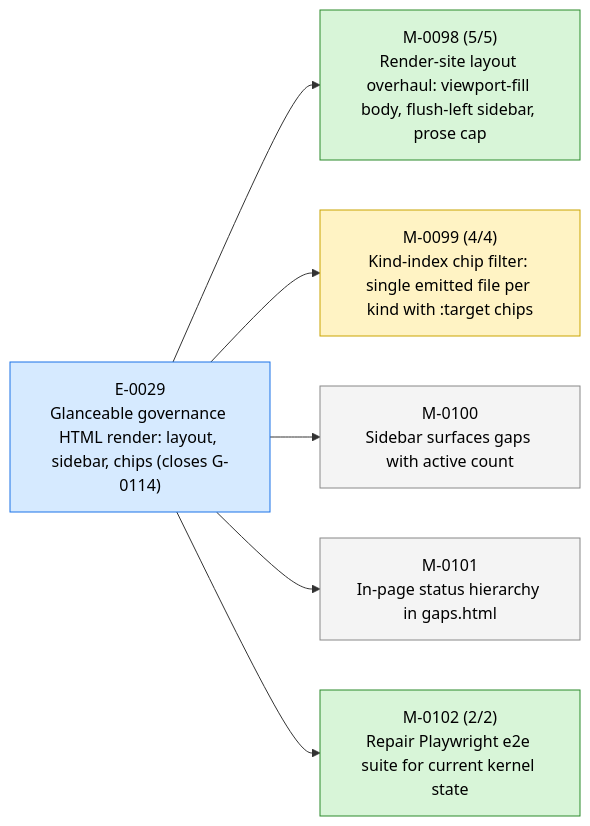
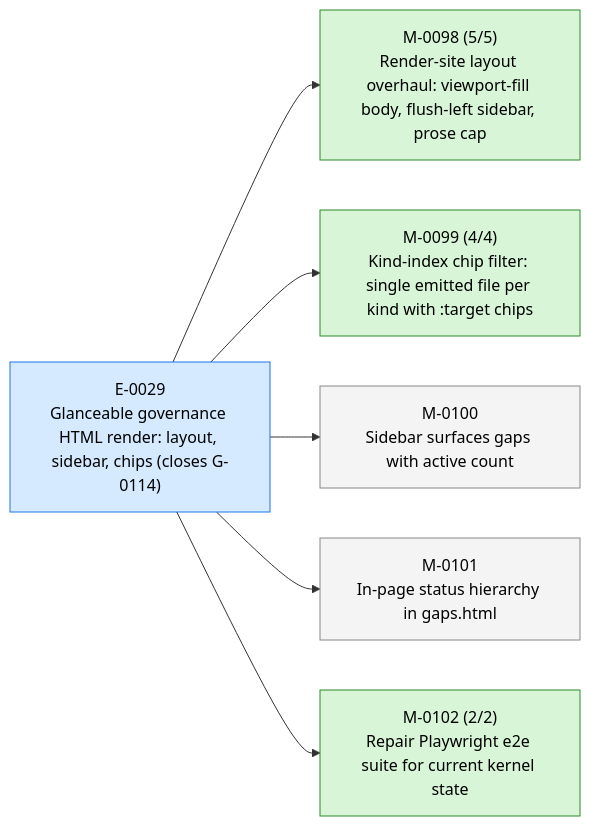
Before and after one commit to 23min/aiwf: the first of 3 diagrams in STATUS.md, drawn with Mermaid. The commit also changed other lines of this file and 1 other file, not shown here.

First line of the commit message:
aiwf promote M-0099 in_progress -> done

````diff
--- a/STATUS.md
+++ b/STATUS.md
@@ -17,20 +17,20 @@
 ```mermaid
 flowchart LR
   E_0029["E-0029<br/>Glanceable governance HTML render: layout, sidebar, chips (closes G-0114)"]:::epic_active
   M_0098["M-0098 (5/5)<br/>Render-site layout overhaul: viewport-fill body, flush-left sidebar, prose cap"]:::ms_done
   E_0029 --> M_0098
-  M_0099["M-0099 (4/4)<br/>Kind-index chip filter: single emitted file per kind with :target chips"]:::ms_in_progress
+  M_0099["M-0099 (4/4)<br/>Kind-index chip filter: single emitted file per kind with :target chips"]:::ms_done
   E_0029 --> M_0099
   M_0100["M-0100<br/>Sidebar surfaces gaps with active count"]:::ms_draft
   E_0029 --> M_0100
   M_0101["M-0101<br/>In-page status hierarchy in gaps.html"]:::ms_draft
   E_0029 --> M_0101
   M_0102["M-0102 (2/2)<br/>Repair Playwright e2e suite for current kernel state"]:::ms_done
   E_0029 --> M_0102
   classDef epic_active fill:#d6eaff,stroke:#1a73e8,color:#000
   classDef epic_proposed fill:#f4f4f4,stroke:#888,color:#000
   classDef ms_done fill:#d8f5d8,stroke:#2a8a2a,color:#000
   classDef ms_in_progress fill:#fff3c4,stroke:#caa400,color:#000
   classDef ms_draft fill:#f4f4f4,stroke:#888,color:#000
   classDef ms_cancelled fill:#fbeaea,stroke:#c33,color:#000
 ```
````
